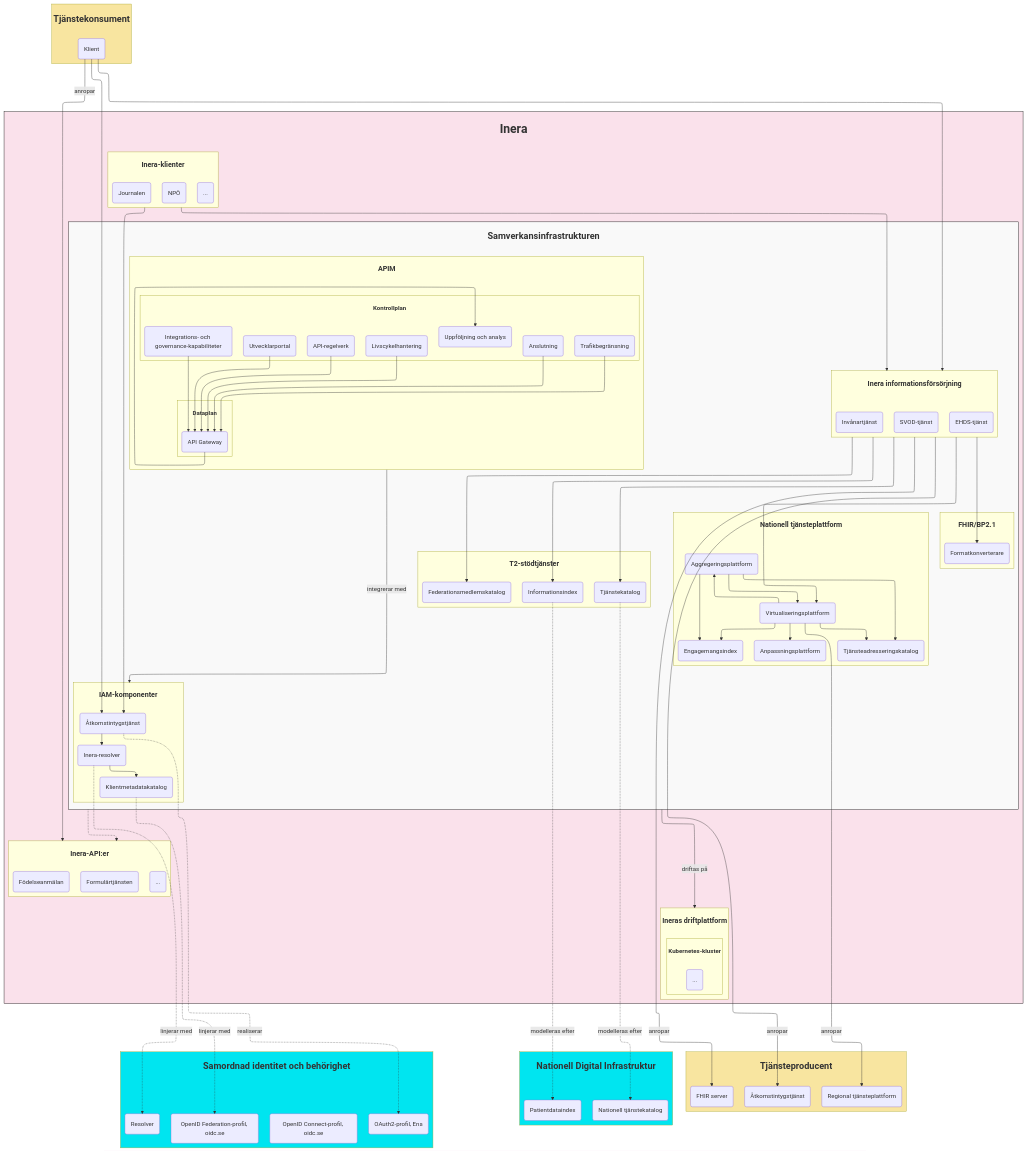
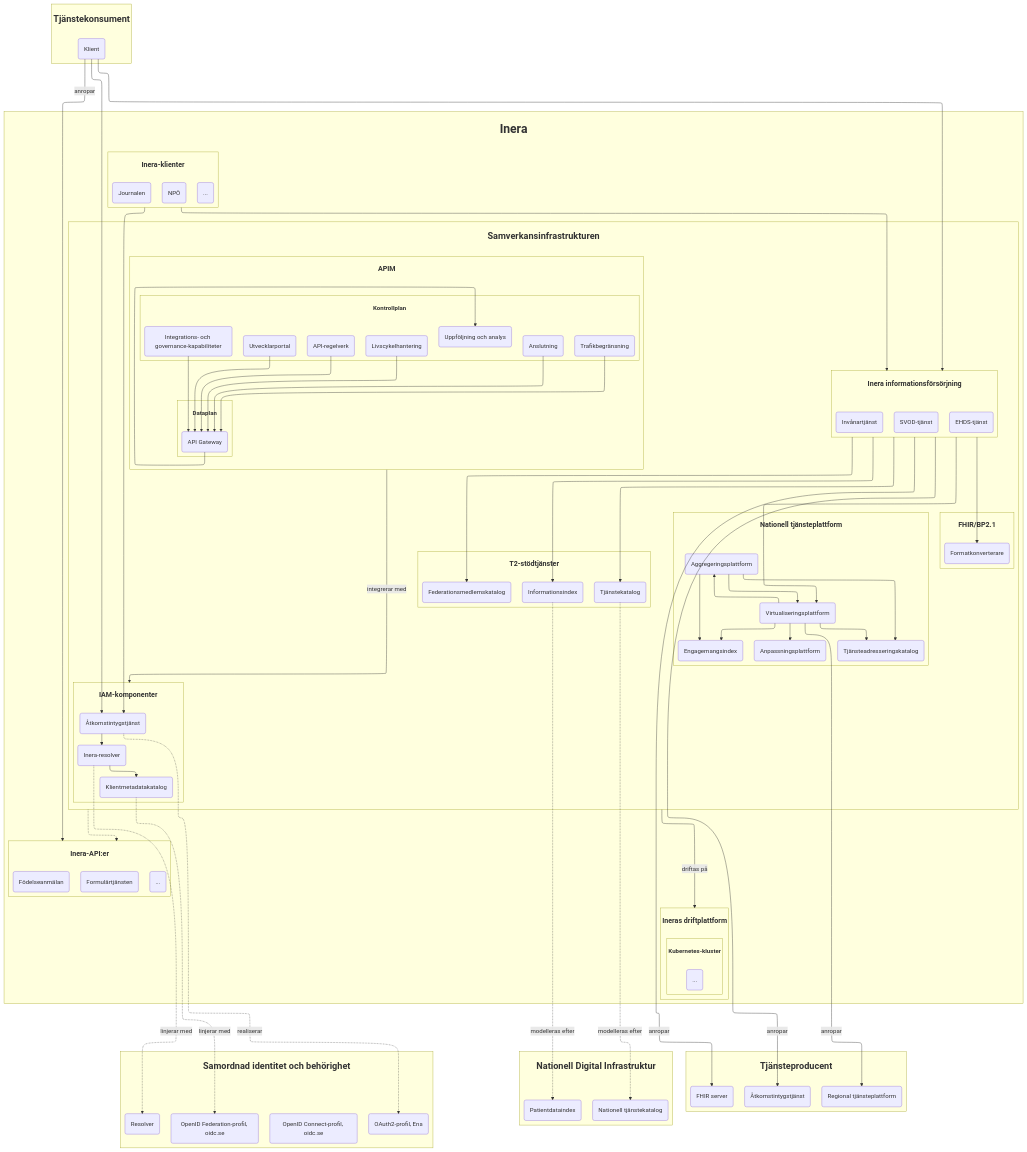
One commit to anders-malmros-inera/t2mmd changed the second of 2 diagrams in T2-krav/solution.md. Above: the diagram before and after it, drawn with Mermaid.

Commit message:
Remove style definitions from solution.md
Removed style definitions for various elements.

````diff
--- a/T2-krav/solution.md
+++ b/T2-krav/solution.md
@@ -170,12 +170,4 @@
 si -.-> itp
 apim -- "integrerar med" --> siiam
 
-style i fill:#fae1eb,stroke:#000000
-style si fill:#f9f9f9,stroke:#000000
-
-style tk fill:#F8E5A0
-style tp fill:#F8E5A0
-style ndi fill:#00E5F0
-style sib fill:#00E5F0
-
 ```
````
